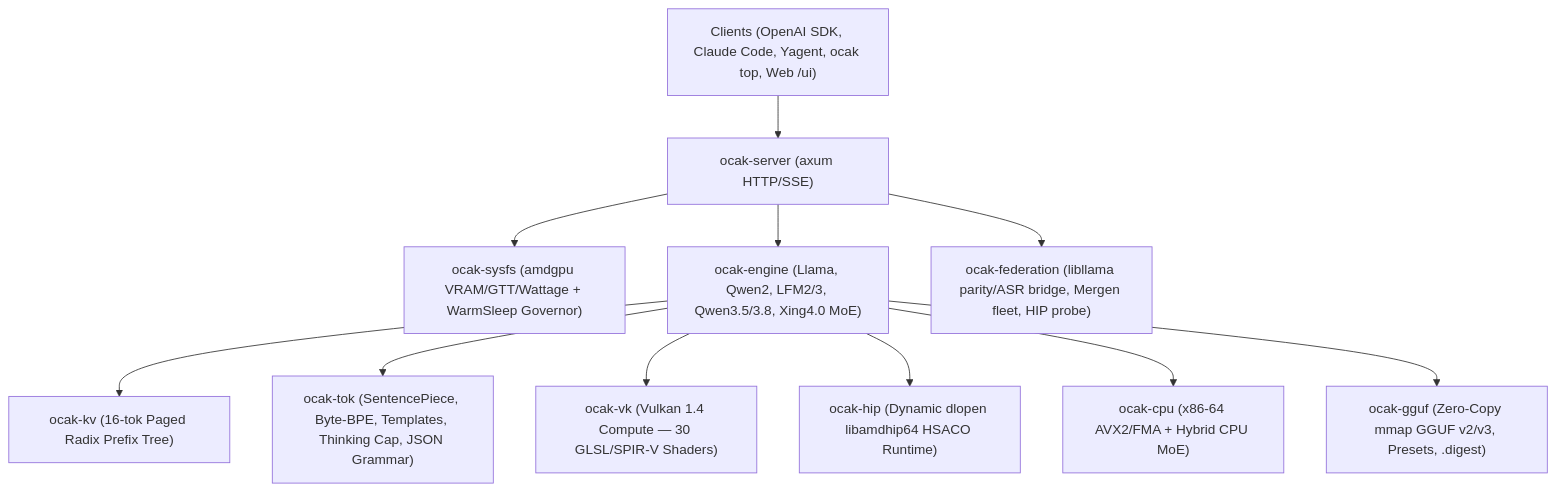
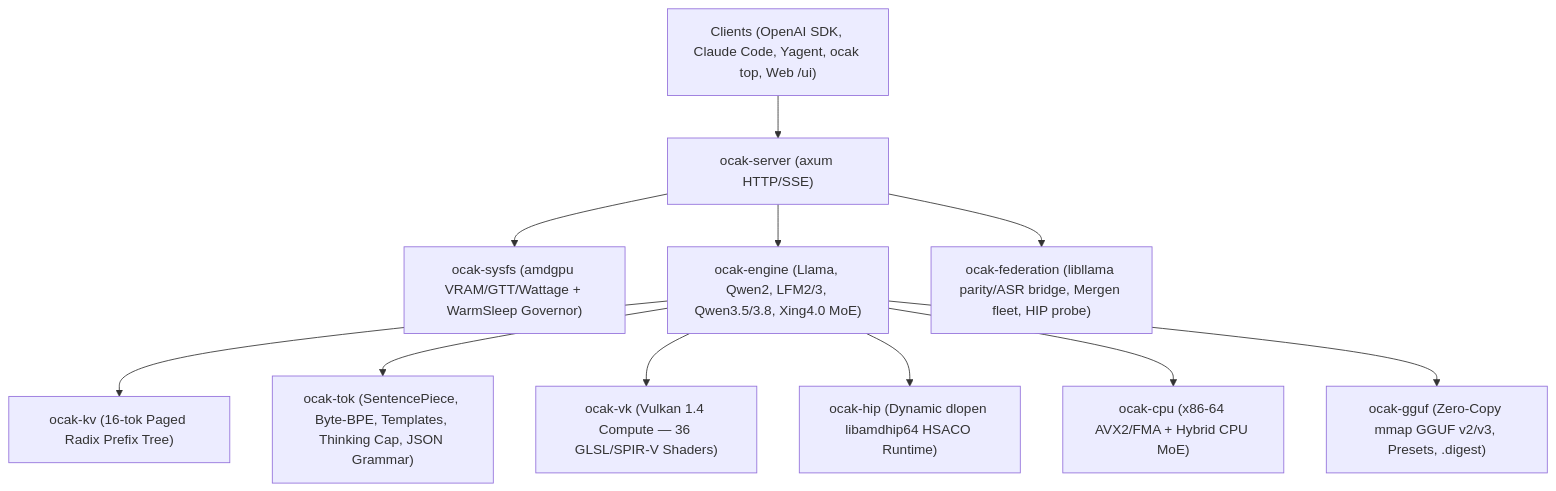
The diagram in README.md (Mechres/ocak), drawn with Mermaid before and after one commit. The commit also changed other lines of this file and 18 other files, not shown here.

````diff
--- a/README.md
+++ b/README.md
@@ -32,13 +33,13 @@
 ```mermaid
 flowchart TD
     Clients["Clients (OpenAI SDK, Claude Code, Yagent, ocak top, Web /ui)"] --> Server["ocak-server (axum HTTP/SSE)"]
     Server --> Gov["ocak-sysfs (amdgpu VRAM/GTT/Wattage + WarmSleep Governor)"]
     Server --> Engine["ocak-engine (Llama, Qwen2, LFM2/3, Qwen3.5/3.8, Xing4.0 MoE)"]
     Server --> Fed["ocak-federation (libllama parity/ASR bridge, Mergen fleet, HIP probe)"]
     Engine --> KV["ocak-kv (16-tok Paged Radix Prefix Tree)"]
     Engine --> Tok["ocak-tok (SentencePiece, Byte-BPE, Templates, Thinking Cap, JSON Grammar)"]
-    Engine --> VK["ocak-vk (Vulkan 1.4 Compute — 30 GLSL/SPIR-V Shaders)"]
+    Engine --> VK["ocak-vk (Vulkan 1.4 Compute — 36 GLSL/SPIR-V Shaders)"]
     Engine --> HIP["ocak-hip (Dynamic dlopen libamdhip64 HSACO Runtime)"]
     Engine --> CPU["ocak-cpu (x86-64 AVX2/FMA + Hybrid CPU MoE)"]
     Engine --> GGUF["ocak-gguf (Zero-Copy mmap GGUF v2/v3, Presets, .digest)"]
 ```
````
